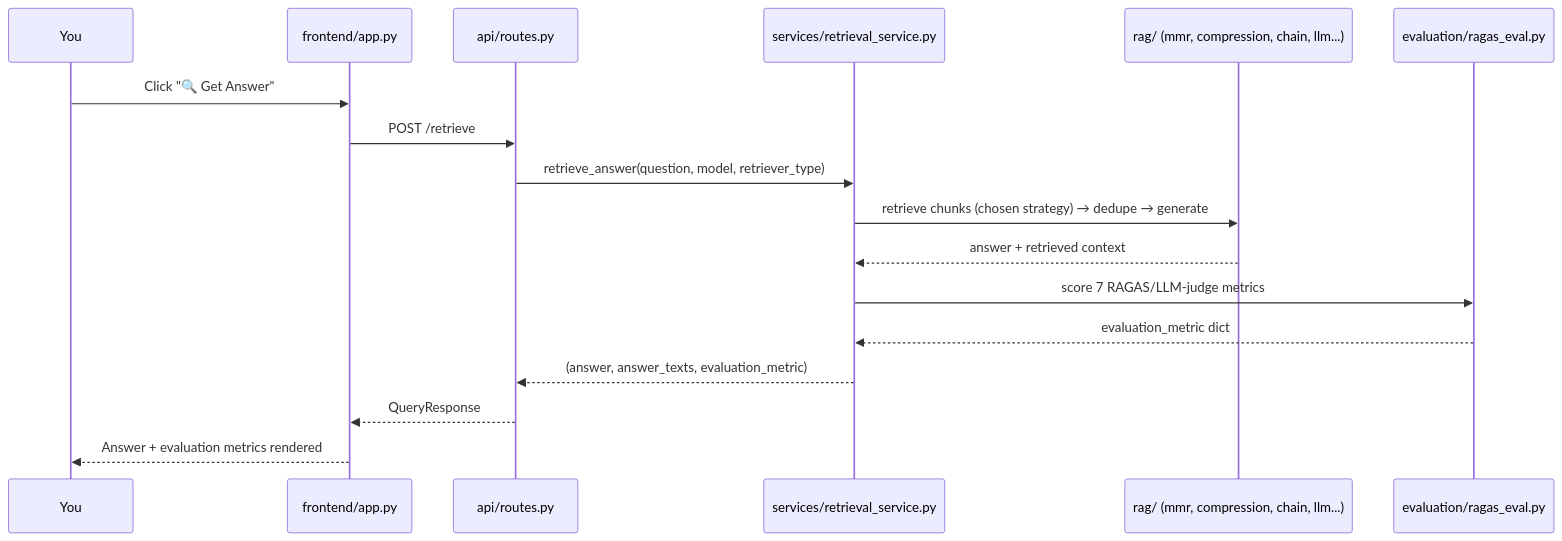
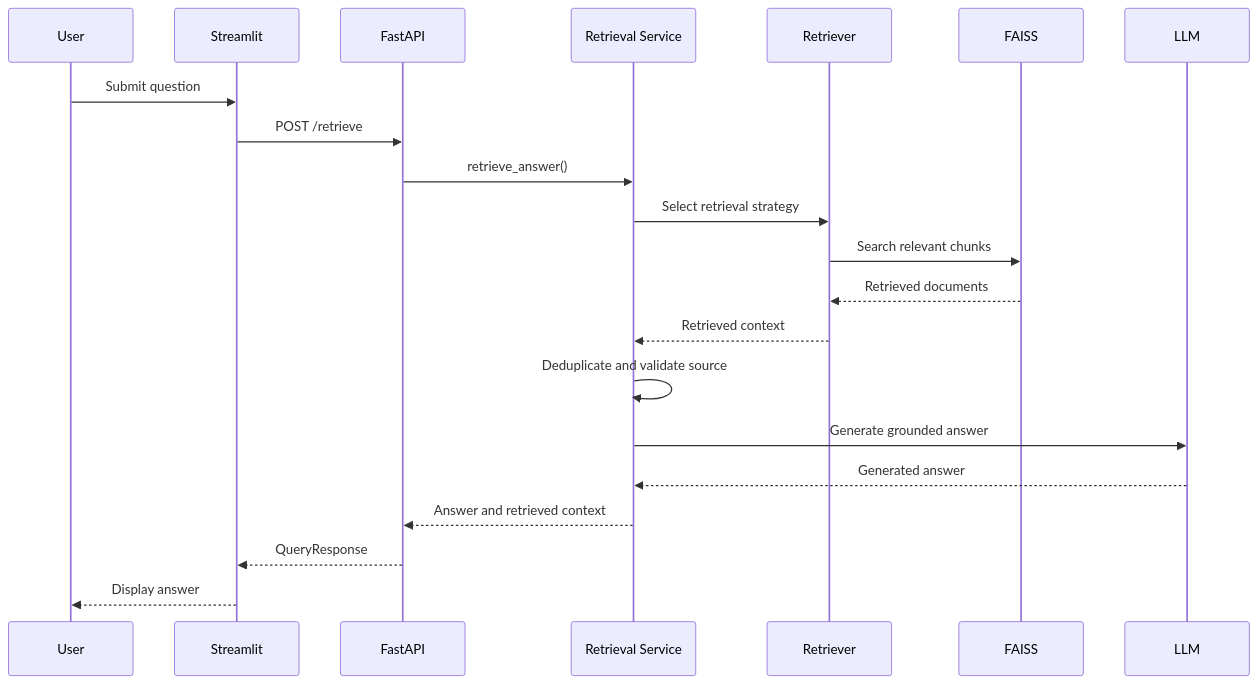
One commit to venkatarachanta-create/Multi-Doc-Assist changed the third of 5 diagrams in Live/Production_files/README.md. Above: the diagram before and after it, drawn with Mermaid. The commit also changed other lines of this file and 1 other file, not shown here.

````diff
--- a/Live/Production_files/README.md
+++ b/Live/Production_files/README.md
@@ -59,20 +170,24 @@
 ```mermaid
 sequenceDiagram
-    participant U as You
-    participant F as frontend/app.py
-    participant A as api/routes.py
-    participant S as services/retrieval_service.py
-    participant R as rag/ (mmr, compression, chain, llm...)
-    participant E as evaluation/ragas_eval.py
+    participant U as User
+    participant F as Streamlit
+    participant A as FastAPI
+    participant S as Retrieval Service
+    participant R as Retriever
+    participant V as FAISS
+    participant L as LLM
 
-    U->>F: Click "🔍 Get Answer"
+    U->>F: Submit question
     F->>A: POST /retrieve
-    A->>S: retrieve_answer(question, model, retriever_type)
-    S->>R: retrieve chunks (chosen strategy) → dedupe → generate
-    R-->>S: answer + retrieved context
-    S->>E: score 7 RAGAS/LLM-judge metrics
-    E-->>S: evaluation_metric dict
-    S-->>A: (answer, answer_texts, evaluation_metric)
+    A->>S: retrieve_answer()
+    S->>R: Select retrieval strategy
+    R->>V: Search relevant chunks
+    V-->>R: Retrieved documents
+    R-->>S: Retrieved context
+    S->>S: Deduplicate and validate source
+    S->>L: Generate grounded answer
+    L-->>S: Generated answer
+    S-->>A: Answer and retrieved context
     A-->>F: QueryResponse
-    F-->>U: Answer + evaluation metrics rendered
+    F-->>U: Display answer
 ```
````
